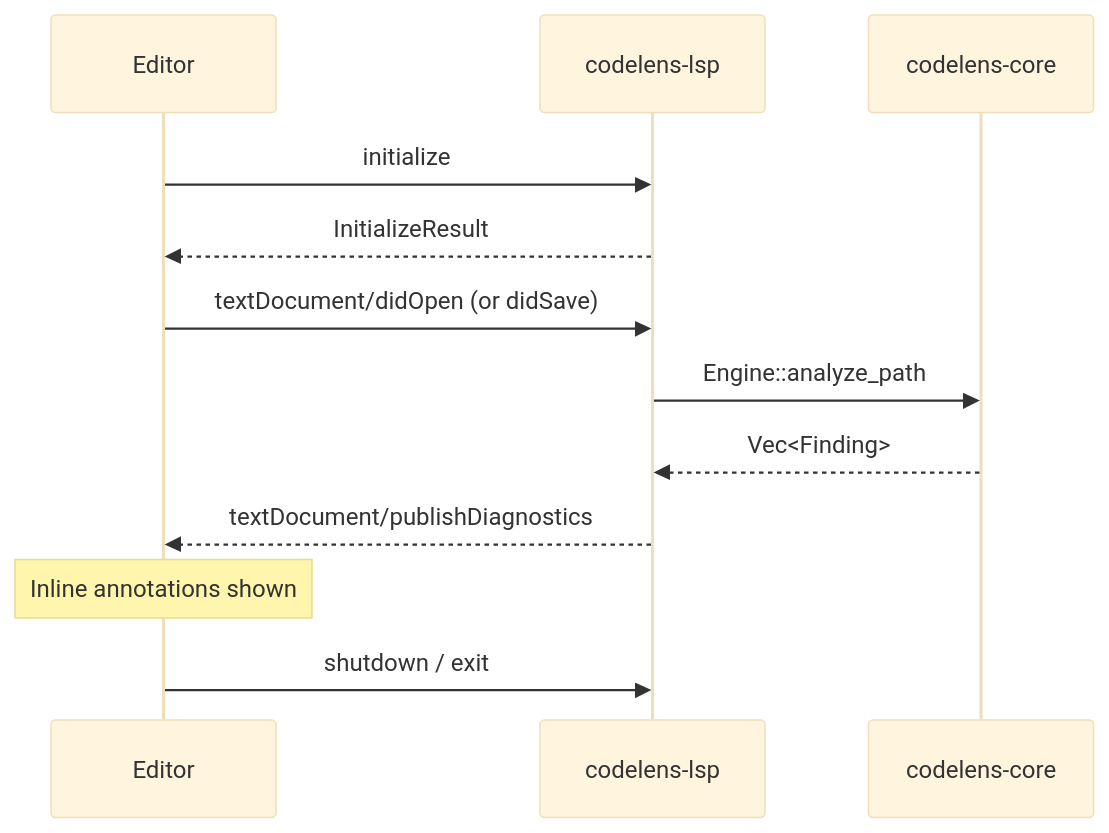
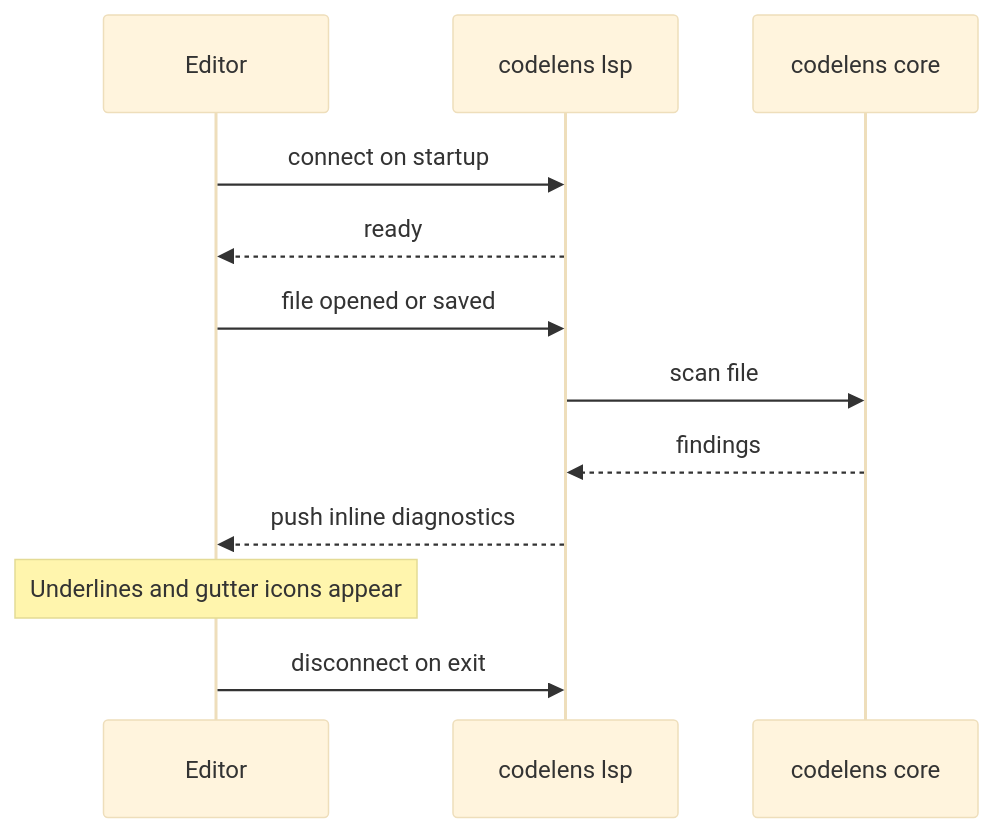
One commit to shubhamkaushal765/codelens-docs changed the diagram in docs/integrations/lsp.md. Above: the diagram before and after it, drawn with Mermaid (base theme). The commit also changed other lines of this file and 30 other files, not shown here.

````diff
--- a/docs/integrations/lsp.md
+++ b/docs/integrations/lsp.md
@@ -12,15 +14,15 @@
 ```mermaid
 sequenceDiagram
     participant E as Editor
-    participant L as codelens-lsp
-    participant C as codelens-core
+    participant L as codelens lsp
+    participant C as codelens core
 
-    E->>L: initialize
-    L-->>E: InitializeResult
-    E->>L: textDocument/didOpen (or didSave)
-    L->>C: Engine::analyze_path
-    C-->>L: Vec<Finding>
-    L-->>E: textDocument/publishDiagnostics
-    Note over E: Inline annotations shown
-    E->>L: shutdown / exit
+    E->>L: connect on startup
+    L-->>E: ready
+    E->>L: file opened or saved
+    L->>C: scan file
+    C-->>L: findings
+    L-->>E: push inline diagnostics
+    Note over E: Underlines and gutter icons appear
+    E->>L: disconnect on exit
 ```
````
